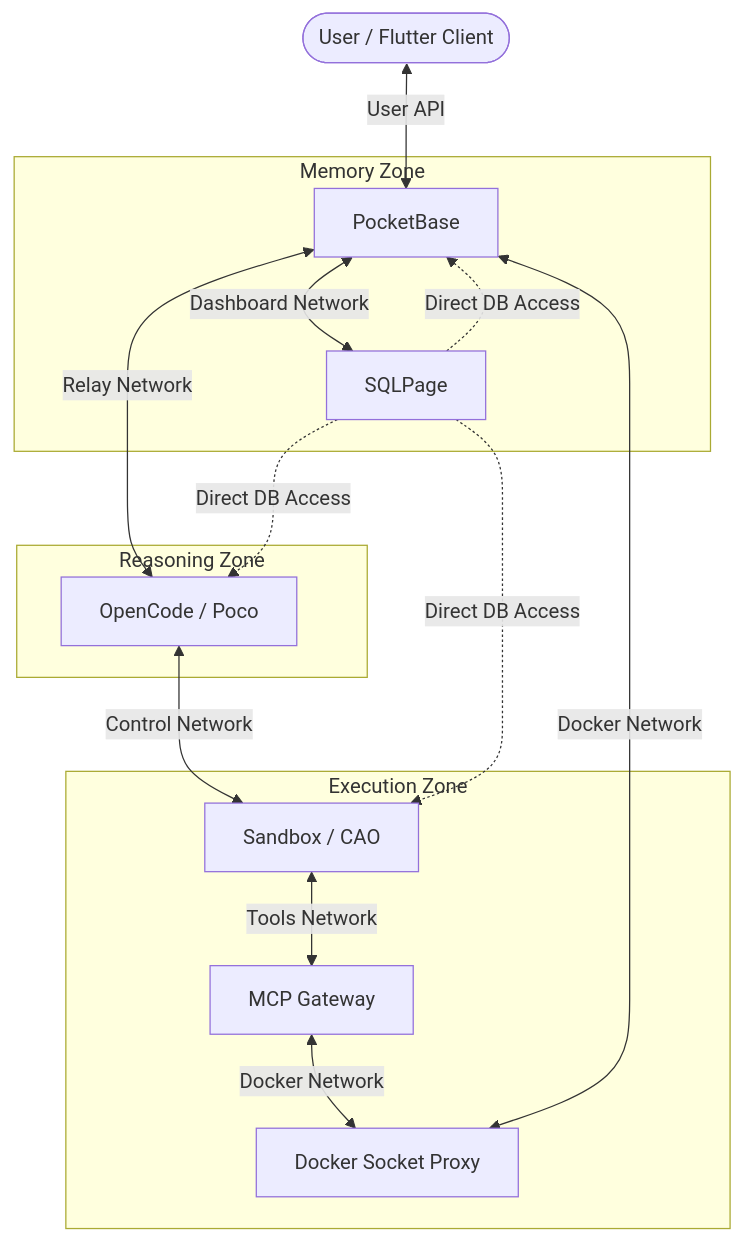
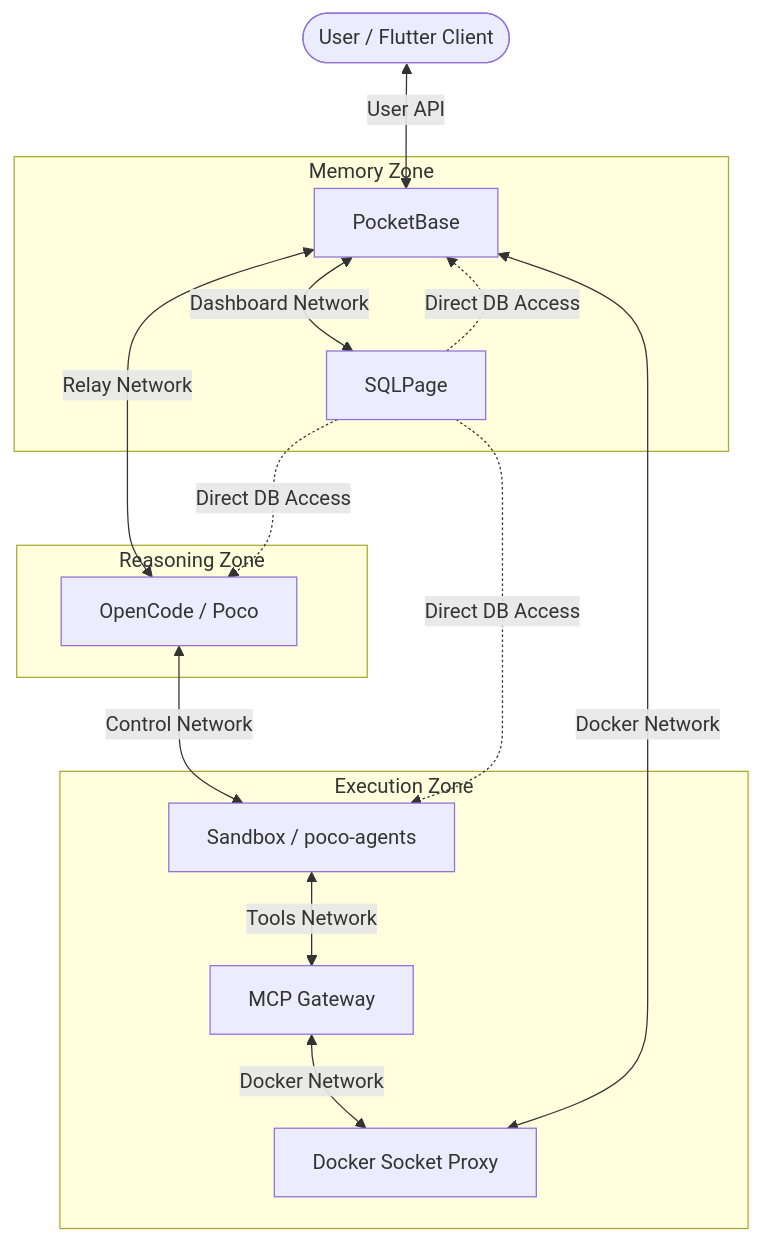
Before and after one commit to qtpi-bonding-org/pocketcoder: the first of 6 diagrams in services/docs/SYSTEM_ARCHITECTURE.md, drawn with Mermaid. The commit also changed other lines of this file and 10 other files, not shown here.

````diff
--- a/services/docs/SYSTEM_ARCHITECTURE.md
+++ b/services/docs/SYSTEM_ARCHITECTURE.md
@@ -11,33 +11,33 @@
 ```mermaid
 graph TD
     User([User / Flutter Client])
     
     subgraph "Memory Zone"
         PB[PocketBase]
         SQLP[SQLPage]
     end
 
     subgraph "Reasoning Zone"
         OC[OpenCode / Poco]
     end
 
     subgraph "Execution Zone"
-        SB[Sandbox / CAO]
+        SB[Sandbox / poco-agents]
         GW[MCP Gateway]
         DP[Docker Socket Proxy]
     end
 
     %% Network Connections
     User <-->|User API| PB
     PB <-->|Relay Network| OC
     OC <-->|Control Network| SB
     SB <-->|Tools Network| GW
     GW <-->|Docker Network| DP
     PB <-->|Docker Network| DP
     
     %% Observability
     PB <-->|Dashboard Network| SQLP
     SQLP -.->|Direct DB Access| PB
     SQLP -.->|Direct DB Access| OC
     SQLP -.->|Direct DB Access| SB
 ```
````
